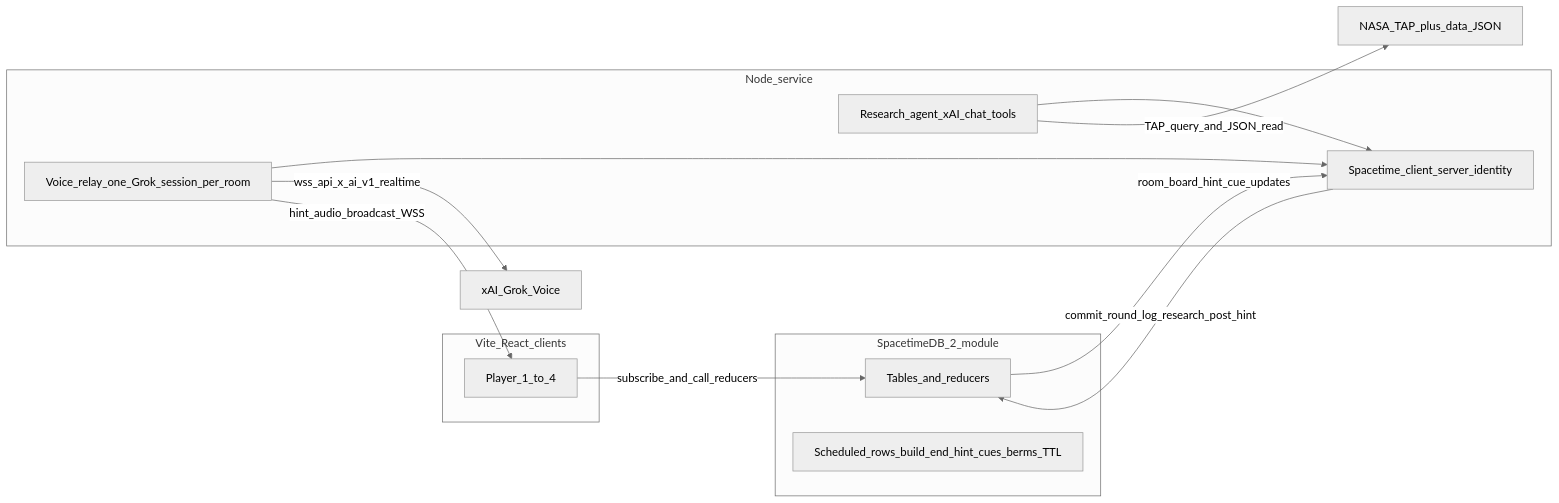
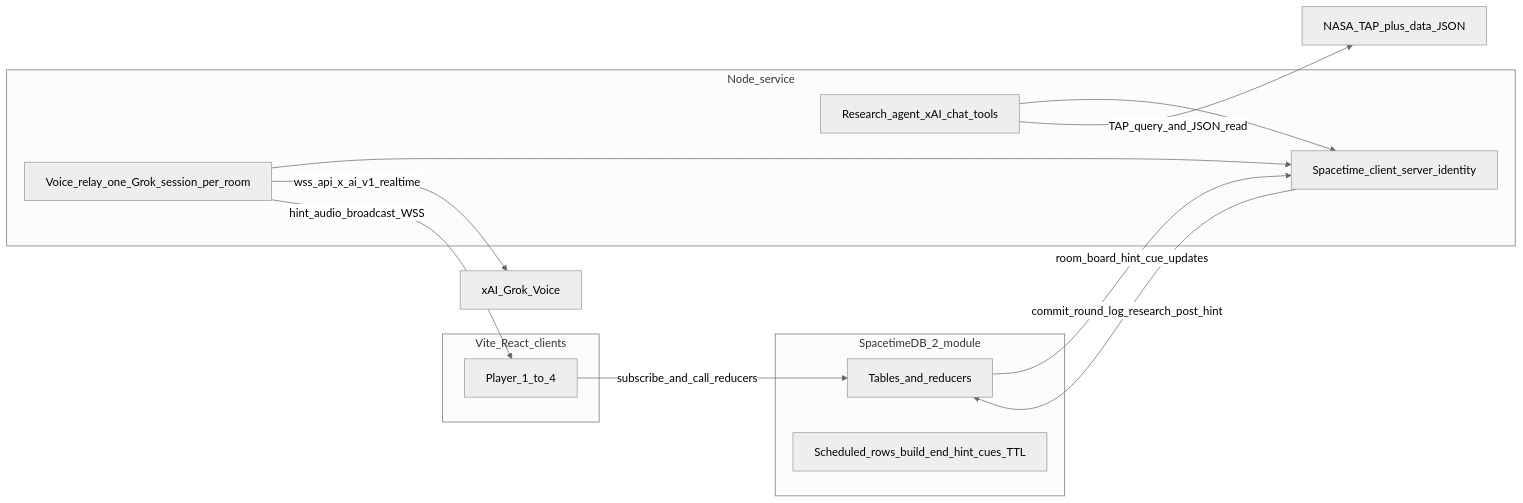
One commit to mabusid/MHacks26 changed the diagram in docs/Implementation.md. Above: the diagram before and after it, drawn with Mermaid (neutral theme). The commit also changed other lines of this file and 61 other files, not shown here.

````diff
--- a/docs/Implementation.md
+++ b/docs/Implementation.md
@@ -11,23 +11,23 @@
 ```mermaid
 flowchart LR
   subgraph clients [Vite_React_clients]
     C1[Player_1_to_4]
   end
   subgraph spacetime [SpacetimeDB_2_module]
     ST[Tables_and_reducers]
-    SCH[Scheduled_rows_build_end_hint_cues_berms_TTL]
+    SCH[Scheduled_rows_build_end_hint_cues_TTL]
   end
   subgraph node [Node_service]
     RES[Research_agent_xAI_chat_tools]
     VOX[Voice_relay_one_Grok_session_per_room]
     STC[Spacetime_client_server_identity]
   end
   C1 -->|subscribe_and_call_reducers| ST
   STC -->|commit_round_log_research_post_hint| ST
   ST -->|room_board_hint_cue_updates| STC
   RES --> STC
   VOX --> STC
   VOX -->|wss_api_x_ai_v1_realtime| Grok[xAI_Grok_Voice]
   VOX -->|hint_audio_broadcast_WSS| C1
   RES -->|TAP_query_and_JSON_read| Data[NASA_TAP_plus_data_JSON]
 ```
````
